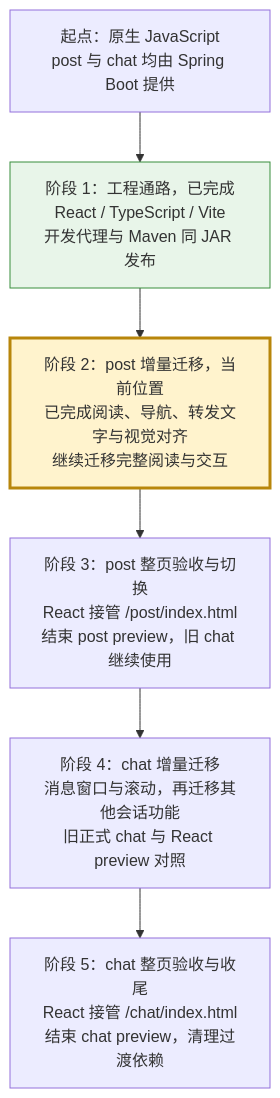
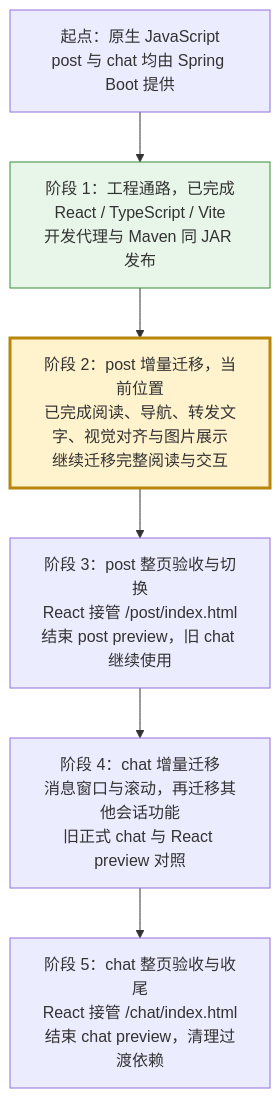
The diagram in .scratch/react-migration/PLAN.md (findxyz/vb-weibo-plus), drawn with Mermaid before and after one commit. The commit also changed other lines of this file and 1 other file, not shown here.

Commit message:
docs: record React post image card acceptance

````diff
--- a/.scratch/react-migration/PLAN.md
+++ b/.scratch/react-migration/PLAN.md
@@ -11,14 +11,14 @@
 ```mermaid
 flowchart TD
     A["起点：原生 JavaScript<br/>post 与 chat 均由 Spring Boot 提供"]
     B["阶段 1：工程通路，已完成<br/>React / TypeScript / Vite<br/>开发代理与 Maven 同 JAR 发布"]
-    C["阶段 2：post 增量迁移，当前位置<br/>已完成阅读、导航、转发文字与视觉对齐<br/>继续迁移完整阅读与交互"]
+    C["阶段 2：post 增量迁移，当前位置<br/>已完成阅读、导航、转发文字、视觉对齐与图片展示<br/>继续迁移完整阅读与交互"]
     D["阶段 3：post 整页验收与切换<br/>React 接管 /post/index.html<br/>结束 post preview，旧 chat 继续使用"]
     E["阶段 4：chat 增量迁移<br/>消息窗口与滚动，再迁移其他会话功能<br/>旧正式 chat 与 React preview 对照"]
     F["阶段 5：chat 整页验收与收尾<br/>React 接管 /chat/index.html<br/>结束 chat preview，清理过渡依赖"]
     A --> B --> C --> D --> E --> F
     classDef complete fill:#e8f5e9,stroke:#388e3c
     classDef current fill:#fff3cd,stroke:#b8860b,stroke-width:3px
     class B complete
     class C current
 ```
````
